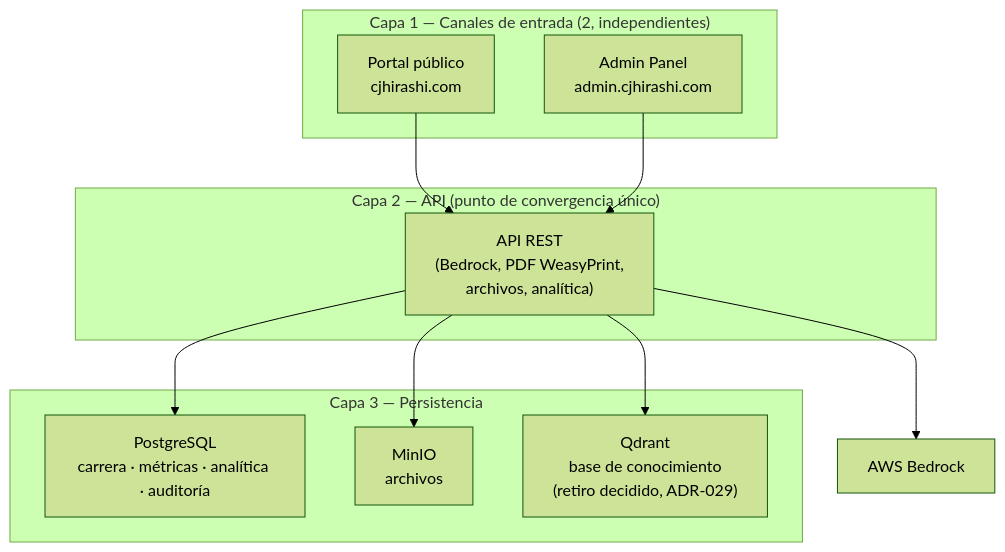
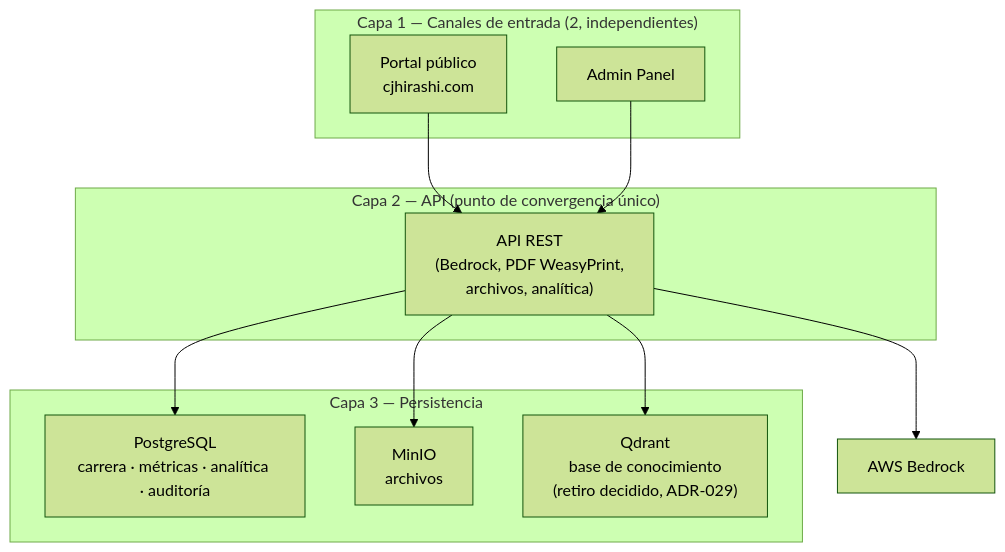
The diagram in docs/04-SOLUTION-STRATEGY.md (cjhirashi/cjhirashi-career), drawn with Mermaid (forest theme) before and after one commit. The commit also changed 19 other files, not shown here.

````diff
--- a/docs/04-SOLUTION-STRATEGY.md
+++ b/docs/04-SOLUTION-STRATEGY.md
@@ -65,26 +65,26 @@
 ```mermaid
 graph TB
     subgraph Capa1["Capa 1 — Canales de entrada (2, independientes)"]
         Portal["Portal público<br/>cjhirashi.com"]
-        Admin["Admin Panel<br/>admin.cjhirashi.com"]
+        Admin["Admin Panel"]
     end
 
     subgraph Capa2["Capa 2 — API (punto de convergencia único)"]
         API["API REST<br/>(Bedrock, PDF WeasyPrint,<br/>archivos, analítica)"]
     end
 
     subgraph Capa3["Capa 3 — Persistencia"]
         DB["PostgreSQL<br/>carrera · métricas · analítica · auditoría"]
         S3["MinIO<br/>archivos"]
         Q["Qdrant<br/>base de conocimiento<br/>(retiro decidido, ADR-029)"]
     end
 
     AWS["AWS Bedrock"]
 
     Portal --> API
     Admin --> API
     API --> DB
     API --> S3
     API --> Q
     API --> AWS
 ```
````
